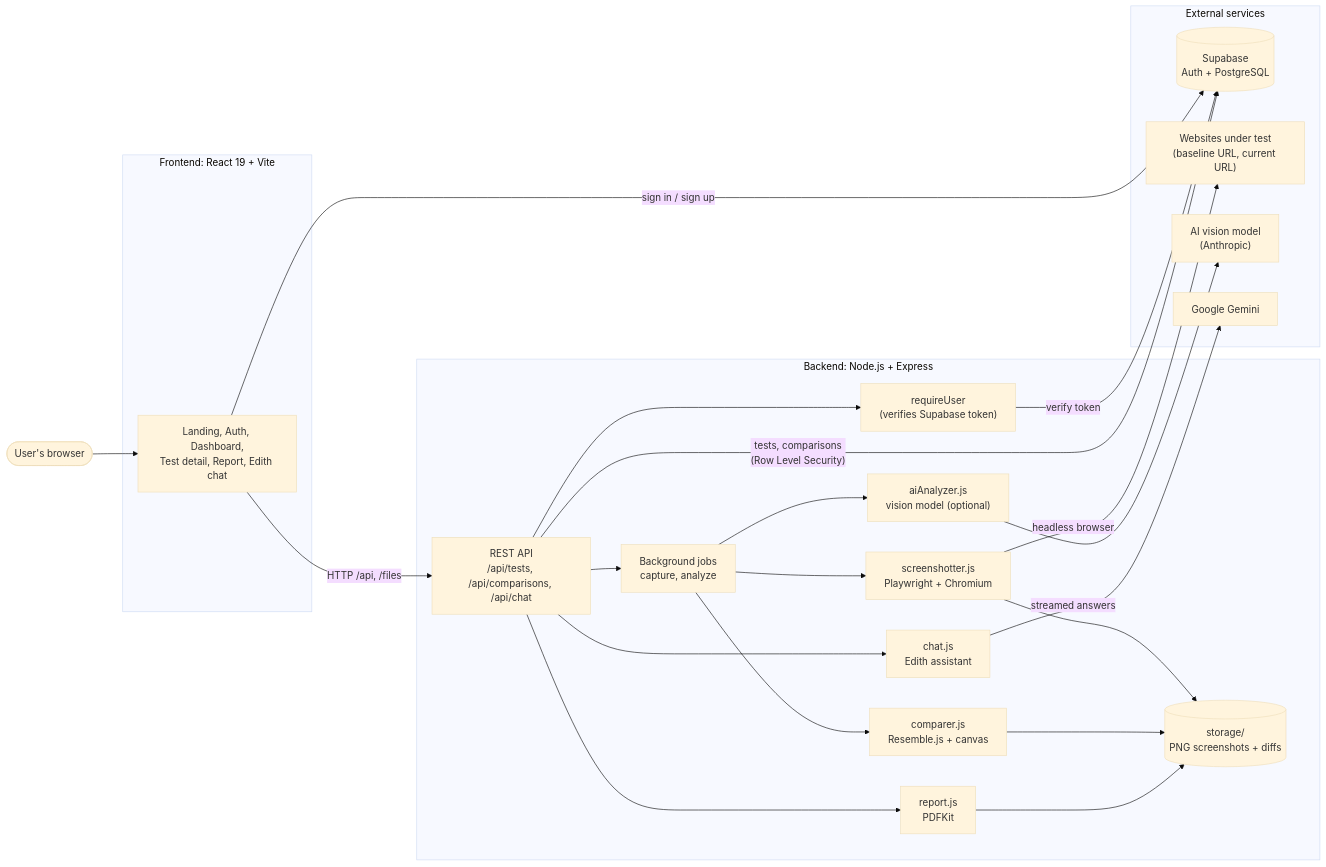
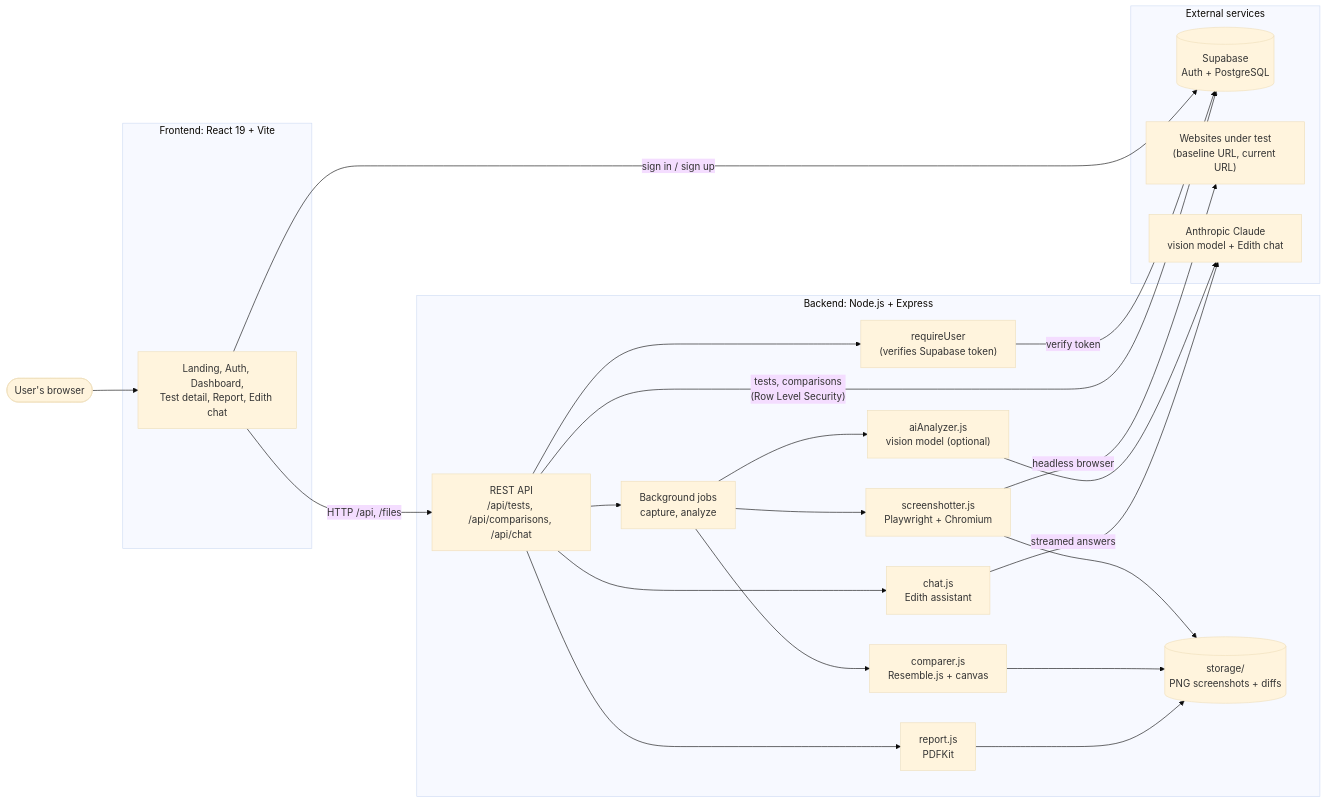
One commit to SayantanXBTC/VisuGuard changed the first of 2 diagrams in README.md. Above: the diagram before and after it, drawn with Mermaid (base theme). The commit also changed other lines of this file and 3 other files, not shown here.

First line of the commit message:
fix: Edith now answers through Anthropic Claude instead of Gemini

````diff
--- a/README.md
+++ b/README.md
@@ -17,46 +17,45 @@
 ```mermaid
 flowchart LR
     User([User's browser])
 
     subgraph FE["Frontend: React 19 + Vite"]
         UI["Landing, Auth, Dashboard,<br/>Test detail, Report, Edith chat"]
     end
 
     subgraph BE["Backend: Node.js + Express"]
         API["REST API<br/>/api/tests, /api/comparisons, /api/chat"]
         Auth["requireUser<br/>(verifies Supabase token)"]
         Jobs["Background jobs<br/>capture, analyze"]
         Shot["screenshotter.js<br/>Playwright + Chromium"]
         Comp["comparer.js<br/>Resemble.js + canvas"]
         AI["aiAnalyzer.js<br/>vision model (optional)"]
         PDF["report.js<br/>PDFKit"]
         Edith["chat.js<br/>Edith assistant"]
         Disk[("storage/<br/>PNG screenshots + diffs")]
     end
 
     subgraph EXT["External services"]
         SB[("Supabase<br/>Auth + PostgreSQL")]
         Site["Websites under test<br/>(baseline URL, current URL)"]
-        Vision["AI vision model<br/>(Anthropic)"]
-        Gemini["Google Gemini"]
+        Claude["Anthropic Claude<br/>vision model + Edith chat"]
     end
 
     User --> UI
     UI -- "HTTP /api, /files" --> API
     UI -- "sign in / sign up" --> SB
     API --> Auth
     Auth -- "verify token" --> SB
     API --> Jobs
     Jobs --> Shot
     Shot -- "headless browser" --> Site
     Shot --> Disk
     Jobs --> Comp
     Comp --> Disk
     Jobs --> AI
-    AI --> Vision
+    AI --> Claude
     API --> PDF
     PDF --> Disk
     API --> Edith
-    Edith -- "streamed answers" --> Gemini
+    Edith -- "streamed answers" --> Claude
     API -- "tests, comparisons<br/>(Row Level Security)" --> SB
 ```
````
